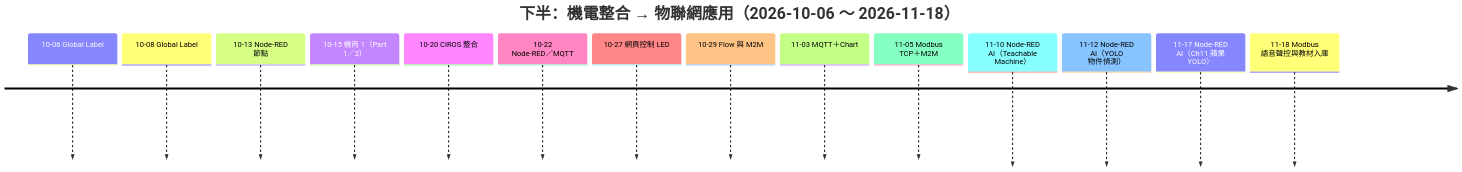
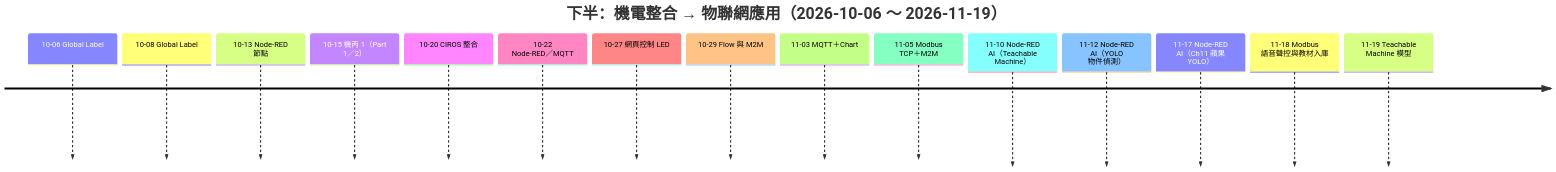
The fifth of 6 diagrams in README.md (yd7148/INDUSTRY-4.0), drawn with Mermaid before and after one commit. The commit also changed other lines of this file and 4 other files, not shown here.

Commit message:
Sync docs for Class-27 (27 classes, 28 videos, timeline and SVG)

````diff
--- a/README.md
+++ b/README.md
@@ -244,18 +256,19 @@
 ```mermaid
 timeline
-    title 下半：機電整合 → 物聯網應用（2026-10-06 ～ 2026-11-18）
+    title 下半：機電整合 → 物聯網應用（2026-10-06 ～ 2026-11-19）
     10-06 Global Label
     10-08 Global Label
     10-13 Node-RED 節點
     10-15 機丙 1（Part 1／2）
     10-20 CIROS 整合
     10-22 Node-RED／MQTT
     10-27 網頁控制 LED
     10-29 Flow 與 M2M
     11-03 MQTT＋Chart
     11-05 Modbus TCP＋M2M
     11-10 Node-RED AI（Teachable Machine）
     11-12 Node-RED AI（YOLO 物件偵測）
     11-17 Node-RED AI（Ch11 蘋果 YOLO）
     11-18 Modbus 語音聲控與教材入庫
+    11-19 Teachable Machine 模型
 ```
````
